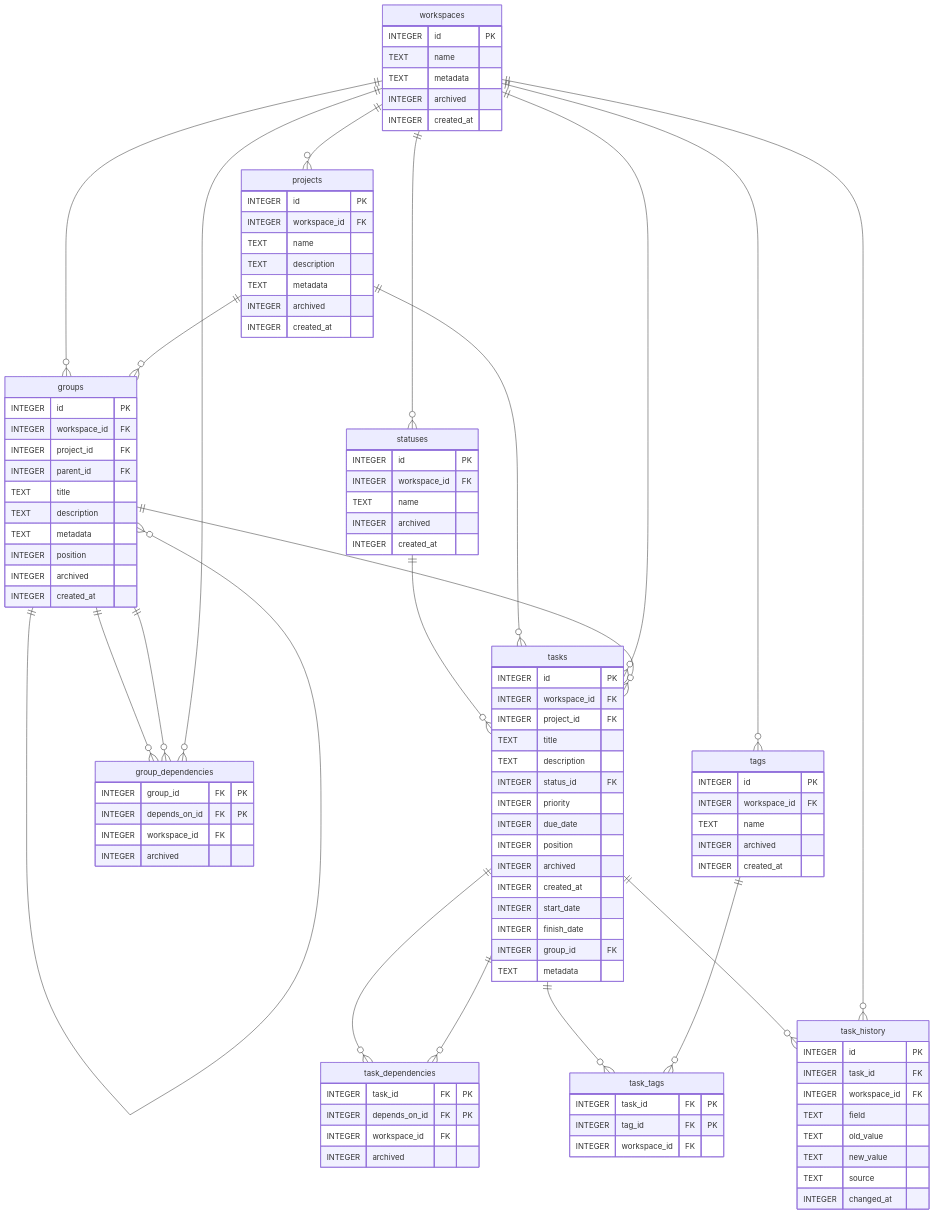
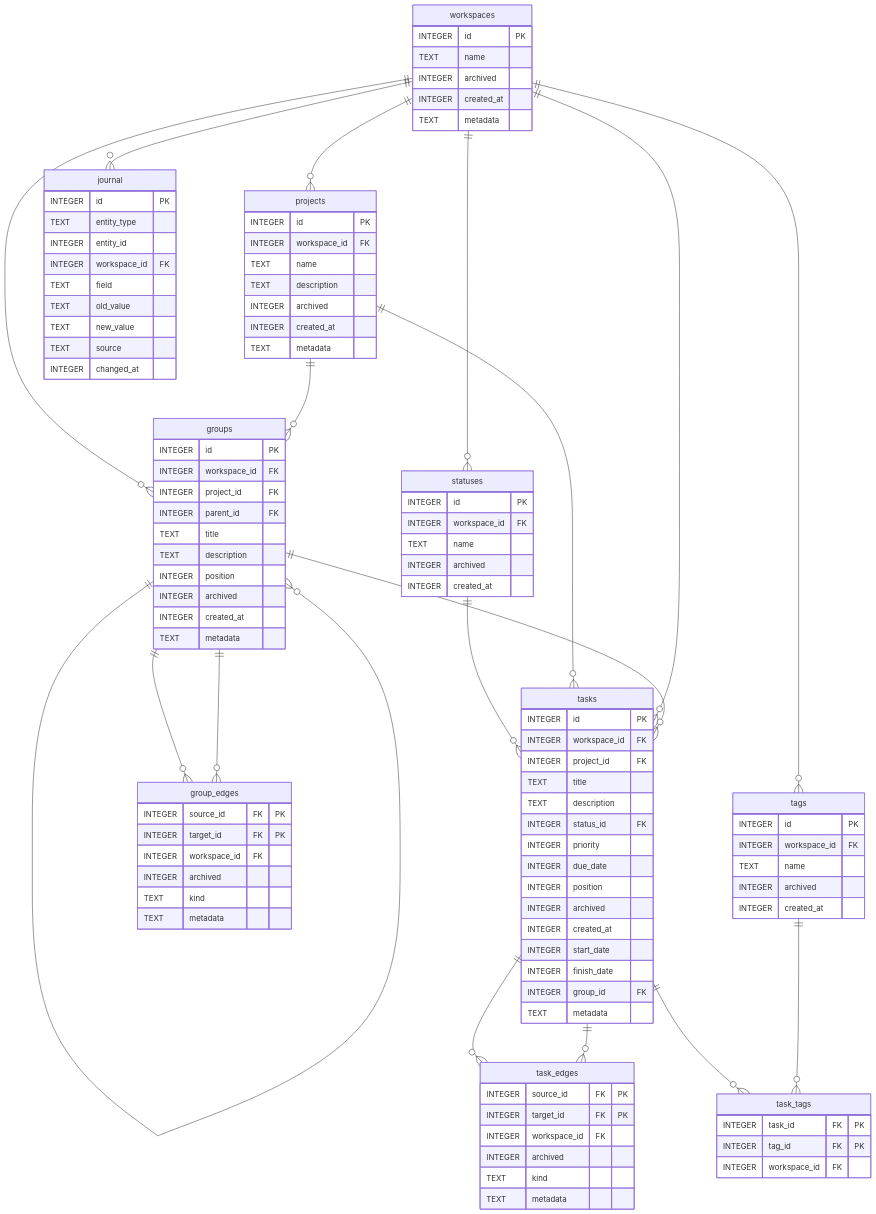
The diagram in docs/erd.md (phansen314/stx), drawn with Mermaid before and after one commit. The commit also changed 35 other files, not shown here.

```diff
--- a/docs/erd.md
+++ b/docs/erd.md
@@ -9,23 +9,21 @@
     projects ||--o{ tasks : ""
     workspaces ||--o{ tasks : ""
     groups ||--o{ tasks : ""
-    tasks ||--o{ task_dependencies : ""
-    tasks ||--o{ task_dependencies : ""
-    groups ||--o{ group_dependencies : ""
-    groups ||--o{ group_dependencies : ""
-    workspaces ||--o{ group_dependencies : ""
+    tasks ||--o{ task_edges : ""
+    tasks ||--o{ task_edges : ""
+    groups ||--o{ group_edges : ""
+    groups ||--o{ group_edges : ""
     workspaces ||--o{ tags : ""
     tasks ||--o{ task_tags : ""
     tags ||--o{ task_tags : ""
-    tasks ||--o{ task_history : ""
-    workspaces ||--o{ task_history : ""
+    workspaces ||--o{ journal : ""
 
     workspaces {
         INTEGER id PK
         TEXT name
-        TEXT metadata
         INTEGER archived
         INTEGER created_at
+        TEXT metadata
     }
 
     projects {
@@ -33,9 +31,9 @@
         INTEGER workspace_id FK
         TEXT name
         TEXT description
-        TEXT metadata
         INTEGER archived
         INTEGER created_at
+        TEXT metadata
     }
 
     statuses {
@@ -53,10 +51,10 @@
         INTEGER parent_id FK
         TEXT title
         TEXT description
-        TEXT metadata
         INTEGER position
         INTEGER archived
         INTEGER created_at
+        TEXT metadata
     }
 
     tasks {
@@ -77,18 +75,22 @@
         TEXT metadata
     }
 
-    task_dependencies {
-        INTEGER task_id FK "PK"
-        INTEGER depends_on_id FK "PK"
+    task_edges {
+        INTEGER source_id FK "PK"
+        INTEGER target_id FK "PK"
         INTEGER workspace_id FK
         INTEGER archived
+        TEXT kind
+        TEXT metadata
     }
 
-    group_dependencies {
-        INTEGER group_id FK "PK"
-        INTEGER depends_on_id FK "PK"
+    group_edges {
+        INTEGER source_id FK "PK"
+        INTEGER target_id FK "PK"
         INTEGER workspace_id FK
         INTEGER archived
+        TEXT kind
+        TEXT metadata
     }
 
     tags {
@@ -105,9 +107,10 @@
         INTEGER workspace_id FK
     }
 
-    task_history {
+    journal {
         INTEGER id PK
-        INTEGER task_id FK
+        TEXT entity_type
+        INTEGER entity_id
         INTEGER workspace_id FK
         TEXT field
         TEXT old_value
```
